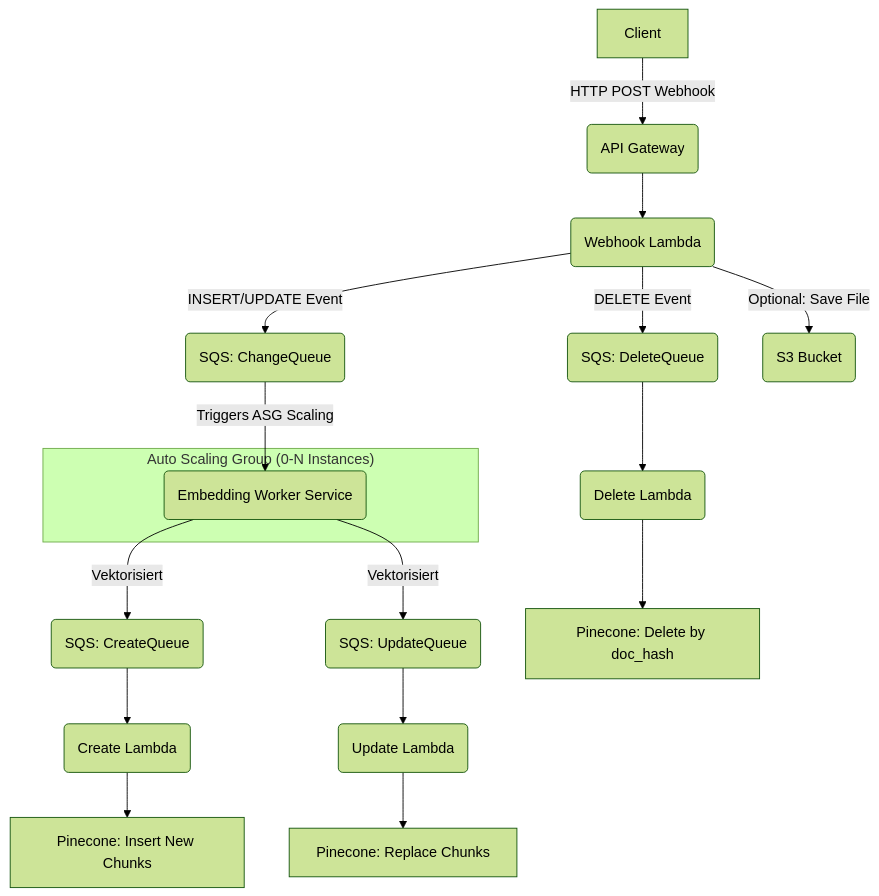
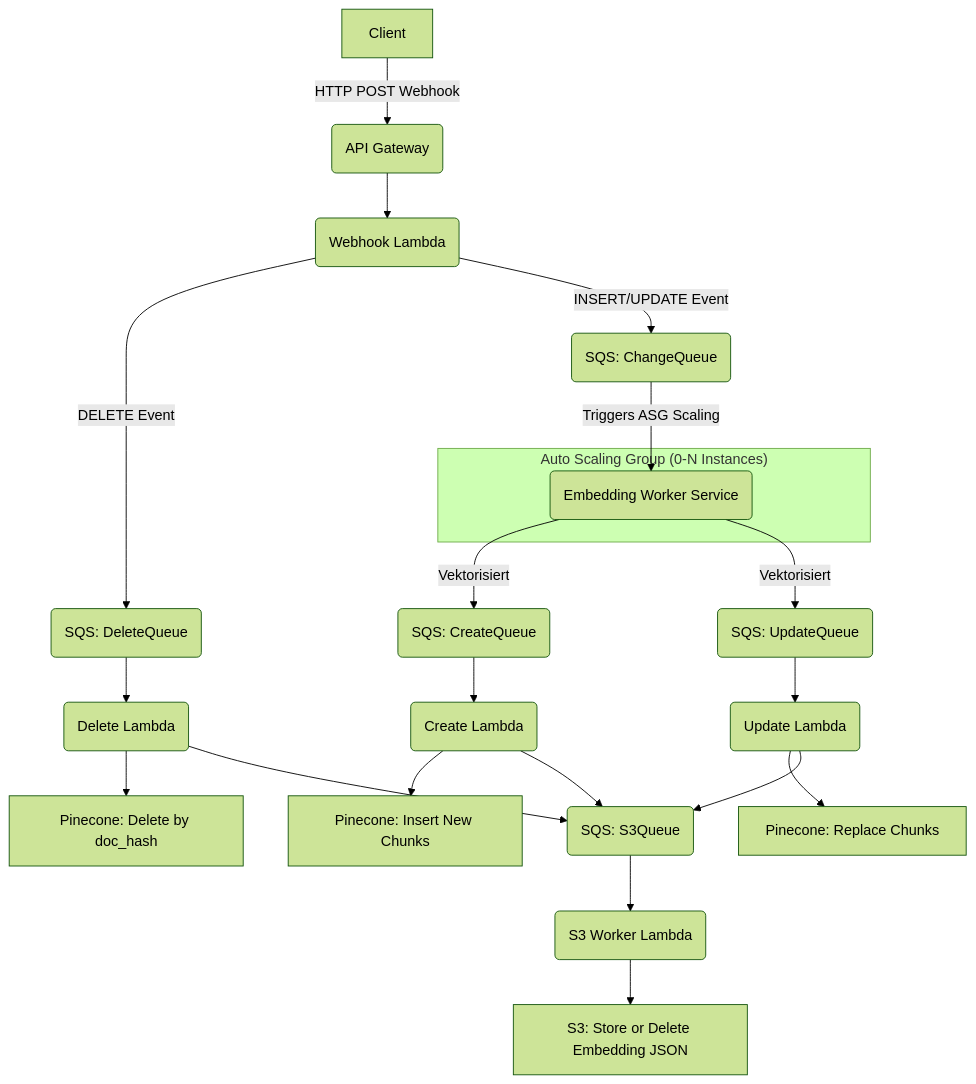
The diagram in README.md (dyprodg/bloomweaver), drawn with Mermaid (forest theme) before and after one commit. The commit also changed other lines of this file, not shown here.

````diff
--- a/README.md
+++ b/README.md
@@ -65,21 +69,29 @@
 ```mermaid
 flowchart TD
     Client["Client"] -- HTTP POST Webhook --> APIGateway("API Gateway")
     APIGateway --> WebhookLambda("Webhook Lambda")
     WebhookLambda -- DELETE Event --> SQSDeleteQueue("SQS: DeleteQueue")
     WebhookLambda -- INSERT/UPDATE Event --> SQSChangeQueue("SQS: ChangeQueue")
     
     subgraph "Auto Scaling Group (0-N Instances)"
     EmbeddingWorker("Embedding Worker Service")
     end
     
     SQSChangeQueue -- Triggers ASG Scaling --> EmbeddingWorker
     EmbeddingWorker -- Vektorisiert --> SQSCreateQueue("SQS: CreateQueue") & SQSUpdateQueue("SQS: UpdateQueue")
+    
     SQSCreateQueue --> CreateLambda("Create Lambda")
     SQSUpdateQueue --> UpdateLambda("Update Lambda")
     SQSDeleteQueue --> DeleteLambda("Delete Lambda")
+    
     CreateLambda --> PineconeCreate["Pinecone: Insert New Chunks"]
     UpdateLambda --> PineconeUpdate["Pinecone: Replace Chunks"]
     DeleteLambda --> PineconeDelete["Pinecone: Delete by doc_hash"]
-    WebhookLambda -- Optional: Save File --> S3("S3 Bucket")
+    
+    CreateLambda --> SQS3Queue("SQS: S3Queue")
+    UpdateLambda --> SQS3Queue
+    DeleteLambda --> SQS3Queue
+    
+    SQS3Queue --> S3Lambda("S3 Worker Lambda")
+    S3Lambda --> S3Bucket["S3: Store or Delete Embedding JSON"]
 ```
````
